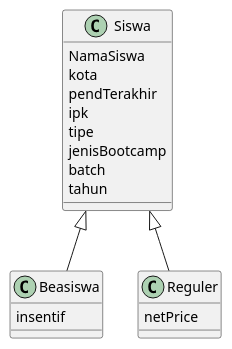
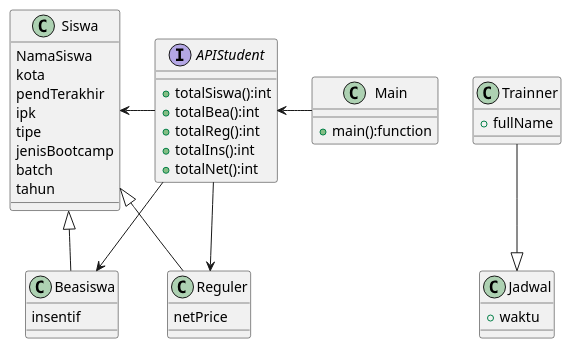
One commit to andri2621/Bootcamp-NodeJs changed the diagram in day03/QUIZ/kuis.puml. Above: the diagram before and after it, drawn with PlantUML. The commit also changed 702 other files, not shown here.

```diff
--- a/day03/QUIZ/kuis.puml
+++ b/day03/QUIZ/kuis.puml
@@ -1,22 +1,49 @@
 @startuml   kuis
+
+class Trainner{
+    +fullName
+}
+
+class Jadwal{
+    +waktu
+}
+
+Trainner --|> Jadwal
 
 class Siswa{
     NamaSiswa
     kota
     pendTerakhir
     ipk
     tipe
     jenisBootcamp
     batch
     tahun
 }
 
 class Beasiswa extends Siswa{
     insentif
 }
 
 class Reguler extends Siswa{
     netPrice
 }
 
+class Main{
+    +main():function
+}
+
+interface APIStudent{
+    +totalSiswa():int
+    +totalBea():int
+    +totalReg():int
+    +totalIns():int
+    +totalNet():int
+}
+
+Main -left-> APIStudent
+APIStudent -left-> Siswa
+APIStudent --> Beasiswa
+APIStudent --> Reguler
+
 @enduml
```
